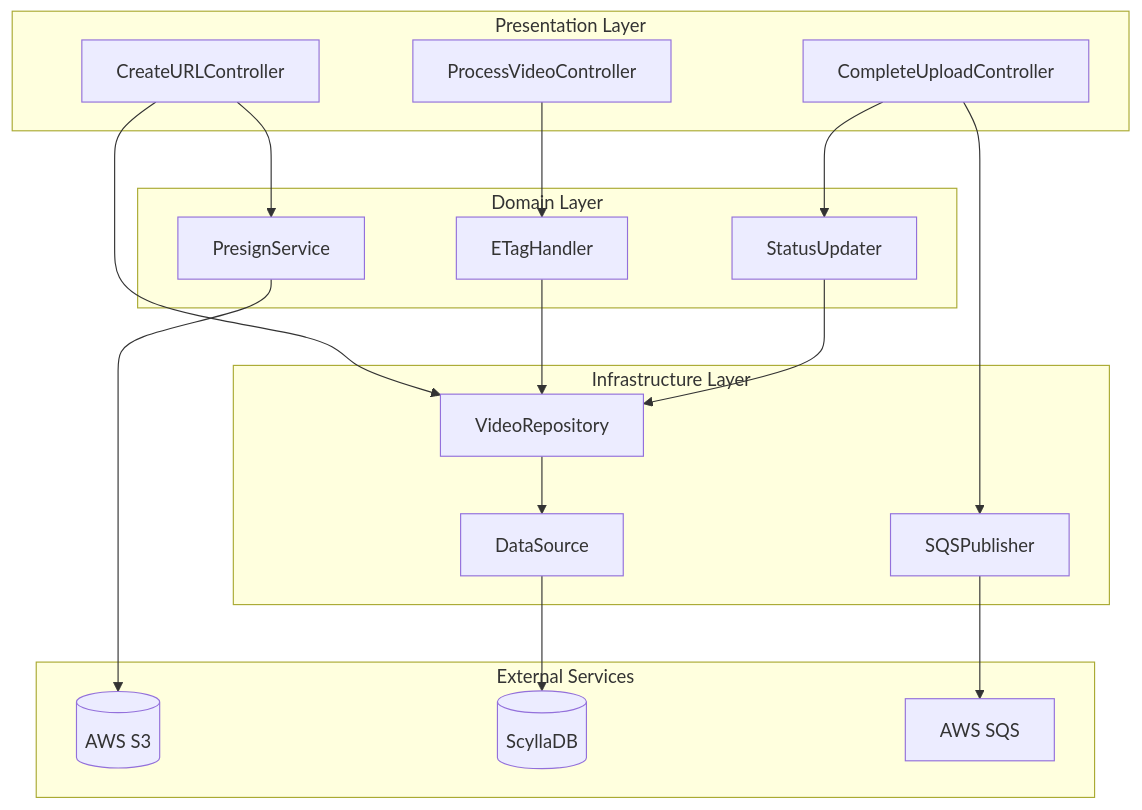
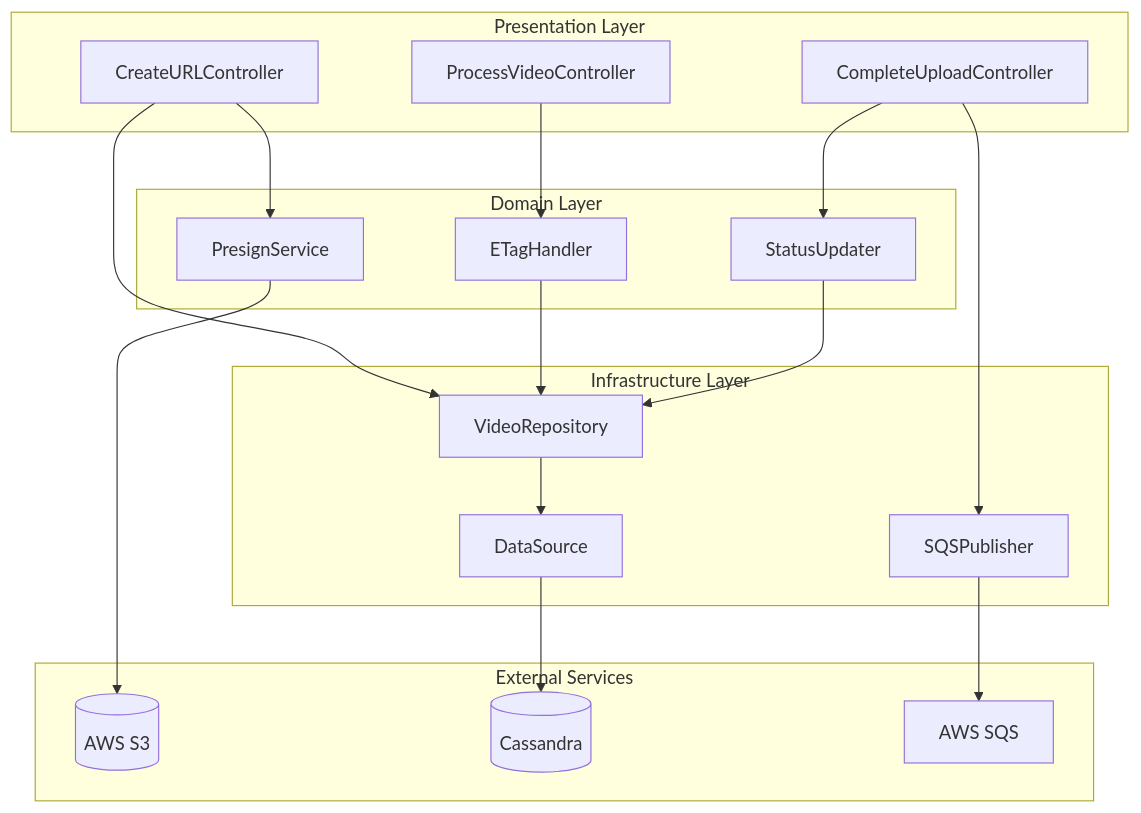
One commit to FreitasArao/fiap-image changed the eighth of 10 diagrams in docs/infrastructure-decision.md. Above: the diagram before and after it, drawn with Mermaid. The commit also changed other lines of this file and 21 other files, not shown here.

Commit message:
docs: Enhance README and infrastructure decision documentation with architecture insights and structured logging conventions; update diagrams to reflect Cassandra naming and improve clarity on architectural decisions

````diff
--- a/docs/infrastructure-decision.md
+++ b/docs/infrastructure-decision.md
@@ -560,41 +612,41 @@
 ```mermaid
 flowchart TB
     subgraph Presentation[Presentation Layer]
         CreateURLCtrl[CreateURLController]
         ProcessCtrl[ProcessVideoController]
         CompleteCtrl[CompleteUploadController]
     end
 
     subgraph Domain[Domain Layer]
         PresignService[PresignService]
         ETagHandler[ETagHandler]
         StatusUpdater[StatusUpdater]
     end
 
     subgraph Infra[Infrastructure Layer]
         VideoRepo[VideoRepository]
         SQSPublisher[SQSPublisher]
         DataSource[DataSource]
     end
 
     subgraph External[External Services]
         S3[(AWS S3)]
-        ScyllaDB[(ScyllaDB)]
+        Cassandra[(Cassandra)]
         SQS[AWS SQS]
     end
 
     CreateURLCtrl --> PresignService
     PresignService --> S3
     CreateURLCtrl --> VideoRepo
 
     ProcessCtrl --> ETagHandler
     ETagHandler --> VideoRepo
 
     CompleteCtrl --> StatusUpdater
     StatusUpdater --> VideoRepo
     CompleteCtrl --> SQSPublisher
     SQSPublisher --> SQS
 
     VideoRepo --> DataSource
-    DataSource --> ScyllaDB
+    DataSource --> Cassandra
 ```
````
